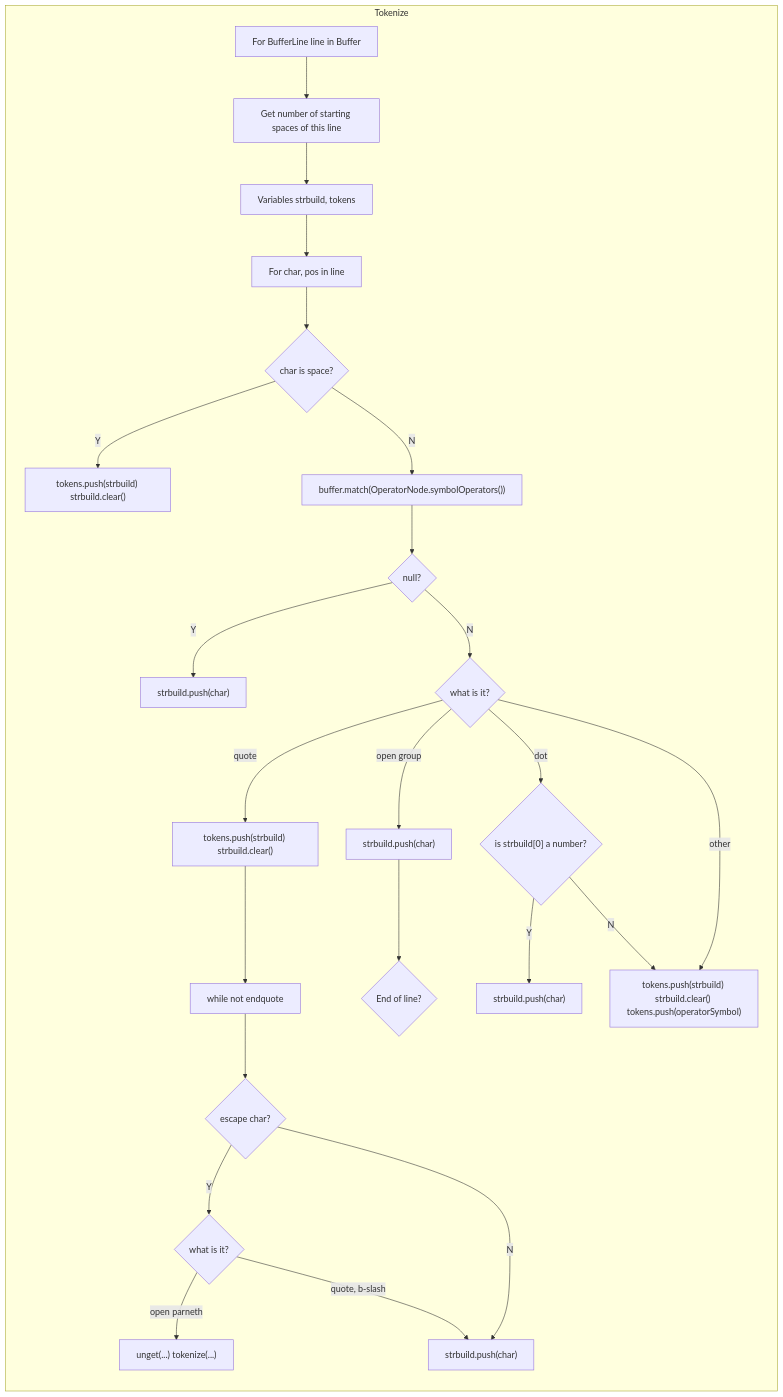
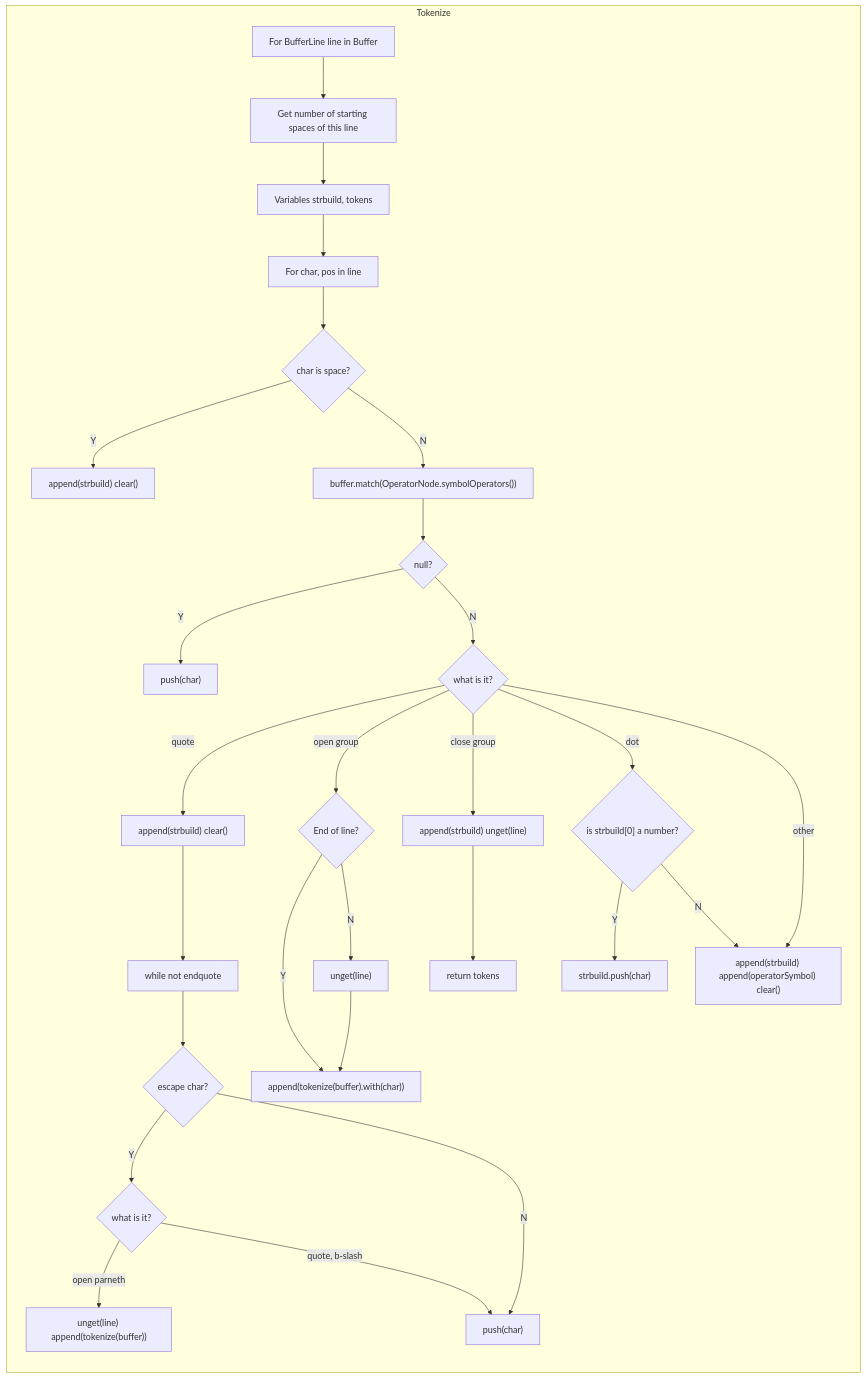
Before and after one commit to Jzhyang1/Monomer: the eighth of 8 diagrams in Implementation.md, drawn with Mermaid. The commit also changed other lines of this file, not shown here.

Commit message:
Implementation.md updated from https://stackedit.io/

````diff
--- a/Implementation.md
+++ b/Implementation.md
@@ -258,28 +259,32 @@
 ```mermaid
 graph LR
 subgraph sg1["Tokenize"]
 	A[For BufferLine line in Buffer] --> B[Get number of starting spaces of this line]
 	 --> C[Variables strbuild, tokens]
 	 --> D[For char, pos in line] 
 	 --> E{char is space?}
-	E -- Y --> Y["tokens.push(strbuild) strbuild.clear()"]
+	E -- Y --> Y["append(strbuild) clear()"]
 	E -- N --> F["buffer.match(OperatorNode.symbolOperators())"]
 	F --> G{null?}
-	G -- Y --> H["strbuild.push(char)"]
+	G -- Y --> H["push(char)"]
 	G -- N --> Z{what is it?}
-	Z -- quote --> J["tokens.push(strbuild) strbuild.clear()"]
+	Z -- quote --> J["append(strbuild) clear()"]
 	J --> P[while not endquote] 
 	P --> Q{escape char?}
 	Q -- Y --> R{what is it?}
-	R -- "open parneth" --> T["unget(...) tokenize(...)"]
+	R -- "open parneth" --> T["unget(line) append(tokenize(buffer))"]
 	R -- "quote, b-slash" --> S
-	Q -- N --> S["strbuild.push(char)"]
-	Z -- "open group" --> AA["strbuild.push(char)"]
+	Q -- N --> S["push(char)"]
+	Z -- "open group"
 	--> AB{End of line?}
-	AB
+	AB -- Y --> AC["append(tokenize(buffer).with(char))"]
+	AB -- N --> AD["unget(line)"]
+	--> AC
+	Z -- "close group" --> BA["append(strbuild) unget(line)"]
+	--> BB[return tokens]
 	Z -- dot --> K{"is strbuild[0] a number?"}
 	K -- Y --> L["strbuild.push(char)"]
 	K -- N --> I
-	Z -- other --> I["tokens.push(strbuild) strbuild.clear() tokens.push(operatorSymbol)"]
+	Z -- other --> I["append(strbuild) append(operatorSymbol) clear()"]
 end
 ```
````
